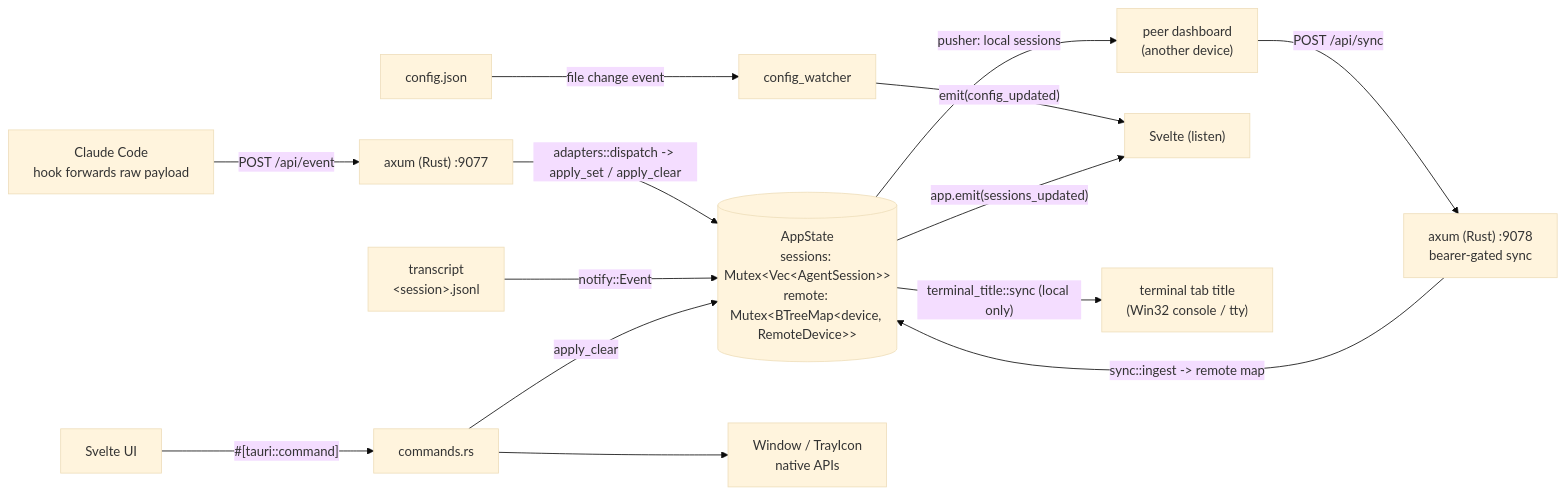
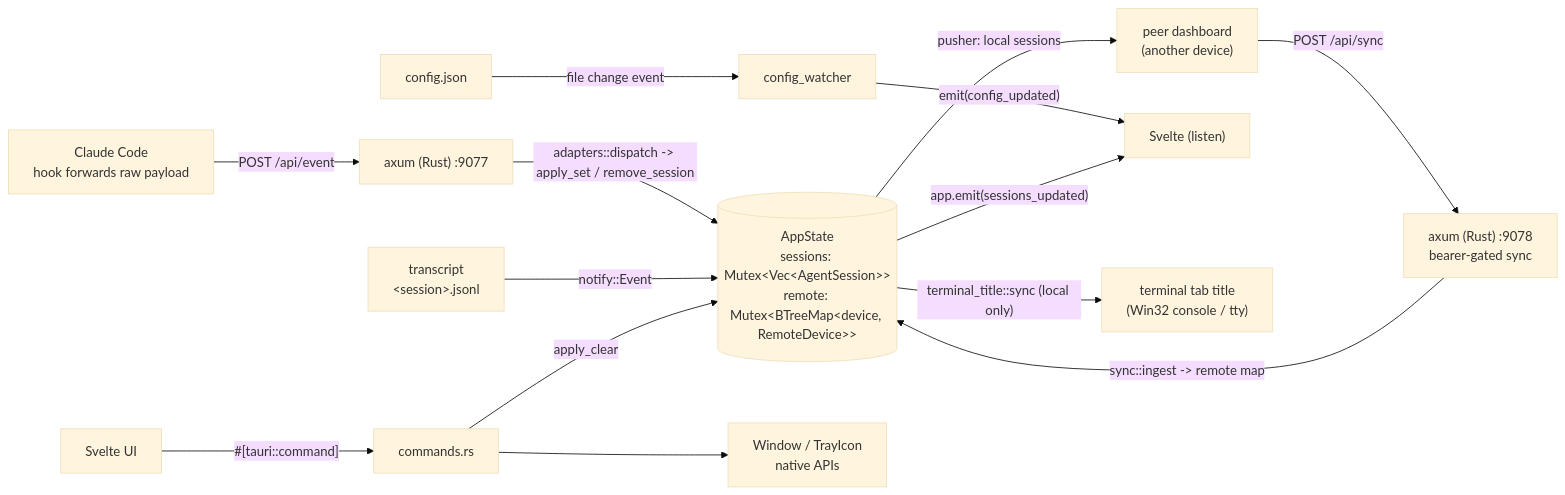
The diagram in docs/pages/development/data-flow.md (AnotherSava/claude-code-dashboard), drawn with Mermaid (base theme) before and after one commit. The commit also changed other lines of this file and 15 other files, not shown here.

````diff
--- a/docs/pages/development/data-flow.md
+++ b/docs/pages/development/data-flow.md
@@ -12,31 +12,31 @@
 ```mermaid
 flowchart LR
   CC["Claude Code<br/>hook forwards raw payload"]
   TR["transcript<br/>&lt;session&gt;.jsonl"]
   UI["Svelte UI"]
   CFG["config.json"]
   PEER["peer dashboard<br/>(another device)"]
 
   AX["axum (Rust) :9077"]
   SYNC["axum (Rust) :9078<br/>bearer-gated sync"]
   CMD["commands.rs"]
   CW["config_watcher"]
   AS[("AppState<br/>sessions: Mutex&lt;Vec&lt;AgentSession&gt;&gt;<br/>remote: Mutex&lt;BTreeMap&lt;device, RemoteDevice&gt;&gt;")]
   NATIVE["Window / TrayIcon<br/>native APIs"]
   SV["Svelte (listen)"]
   TT["terminal tab title<br/>(Win32 console / tty)"]
 
   CC -->|"POST /api/event"| AX
-  AX -->|"adapters::dispatch -> apply_set / apply_clear"| AS
+  AX -->|"adapters::dispatch -> apply_set / remove_session"| AS
   TR -->|"notify::Event"| AS
   PEER -->|"POST /api/sync"| SYNC
   SYNC -->|"sync::ingest -> remote map"| AS
   AS -->|"pusher: local sessions"| PEER
   UI -->|"#[tauri::command]"| CMD
   CMD -->|"apply_clear"| AS
   CMD --> NATIVE
   CFG -->|"file change event"| CW
   CW -->|"emit(config_updated)"| SV
   AS -->|"app.emit(sessions_updated)"| SV
   AS -->|"terminal_title::sync (local only)"| TT
 ```
````
